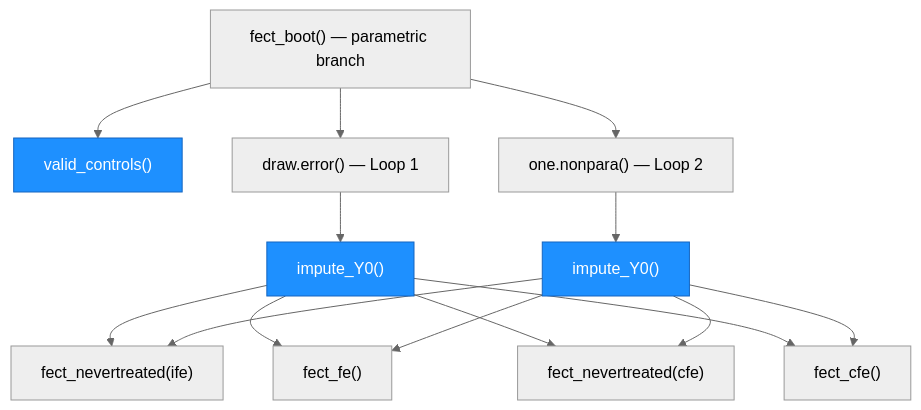
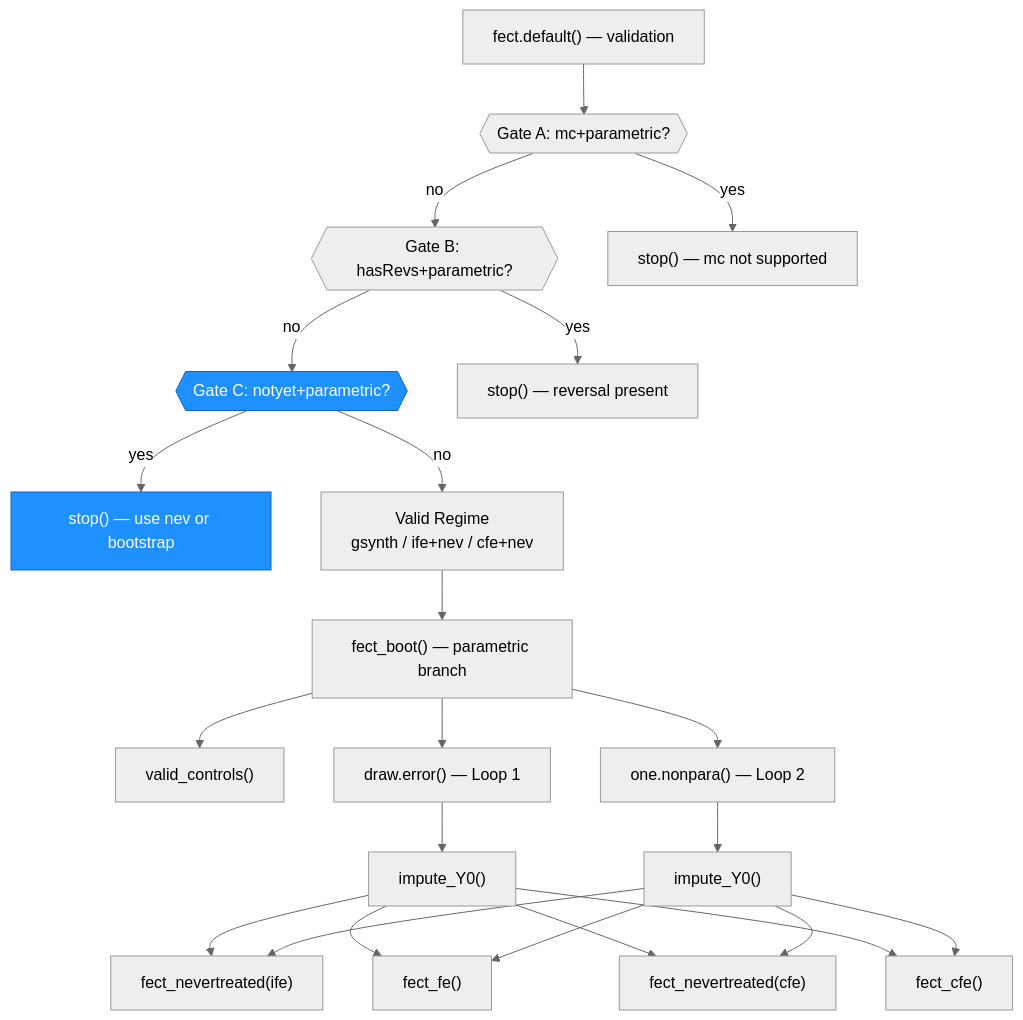
Before and after one commit to xuyiqing/fect: the fourth of 5 diagrams in ARCHITECTURE.md, drawn with Mermaid. The commit also changed other lines of this file, not shown here.

First line of the commit message:
docs: architecture + process record for notyet+parametric gate

````diff
--- a/ARCHITECTURE.md
+++ b/ARCHITECTURE.md
@@ -238,33 +242,47 @@
 ```mermaid
 %%{init: {'theme': 'neutral'}}%%
 graph TD
+    PV["fect.default() — validation"]
+    GA{{"Gate A: mc+parametric?"}}
+    GB{{"Gate B: hasRevs+parametric?"}}
+    GC{{"Gate C: notyet+parametric?"}}
+    ERRA["stop() — mc not supported"]
+    ERRB["stop() — reversal present"]
+    ERRC["stop() — use nev or bootstrap"]
+    VALID["Valid Regime\ngsynth / ife+nev / cfe+nev"]
     FB["fect_boot() — parametric branch"]
     VC["valid_controls()"]
     DE["draw.error() — Loop 1"]
     ON["one.nonpara() — Loop 2"]
     IY["impute_Y0()"]
     IY2["impute_Y0()"]
-
     BR1["fect_nevertreated(ife)"]
     BR2["fect_fe()"]
     BR3["fect_nevertreated(cfe)"]
     BR4["fect_cfe()"]
 
+    PV --> GA
+    GA -- yes --> ERRA
+    GA -- no --> GB
+    GB -- yes --> ERRB
+    GB -- no --> GC
+    GC -- yes --> ERRC
+    GC -- no --> VALID
+    VALID --> FB
     FB --> VC
     FB --> DE
     FB --> ON
     DE --> IY
     ON --> IY2
     IY --> BR1
     IY --> BR2
     IY --> BR3
     IY --> BR4
     IY2 --> BR1
     IY2 --> BR2
     IY2 --> BR3
     IY2 --> BR4
 
-    style IY fill:#1e90ff,stroke:#1565c0,color:#fff
-    style IY2 fill:#1e90ff,stroke:#1565c0,color:#fff
-    style VC fill:#1e90ff,stroke:#1565c0,color:#fff
+    style GC fill:#1e90ff,stroke:#1565c0,color:#fff
+    style ERRC fill:#1e90ff,stroke:#1565c0,color:#fff
 ```
````
